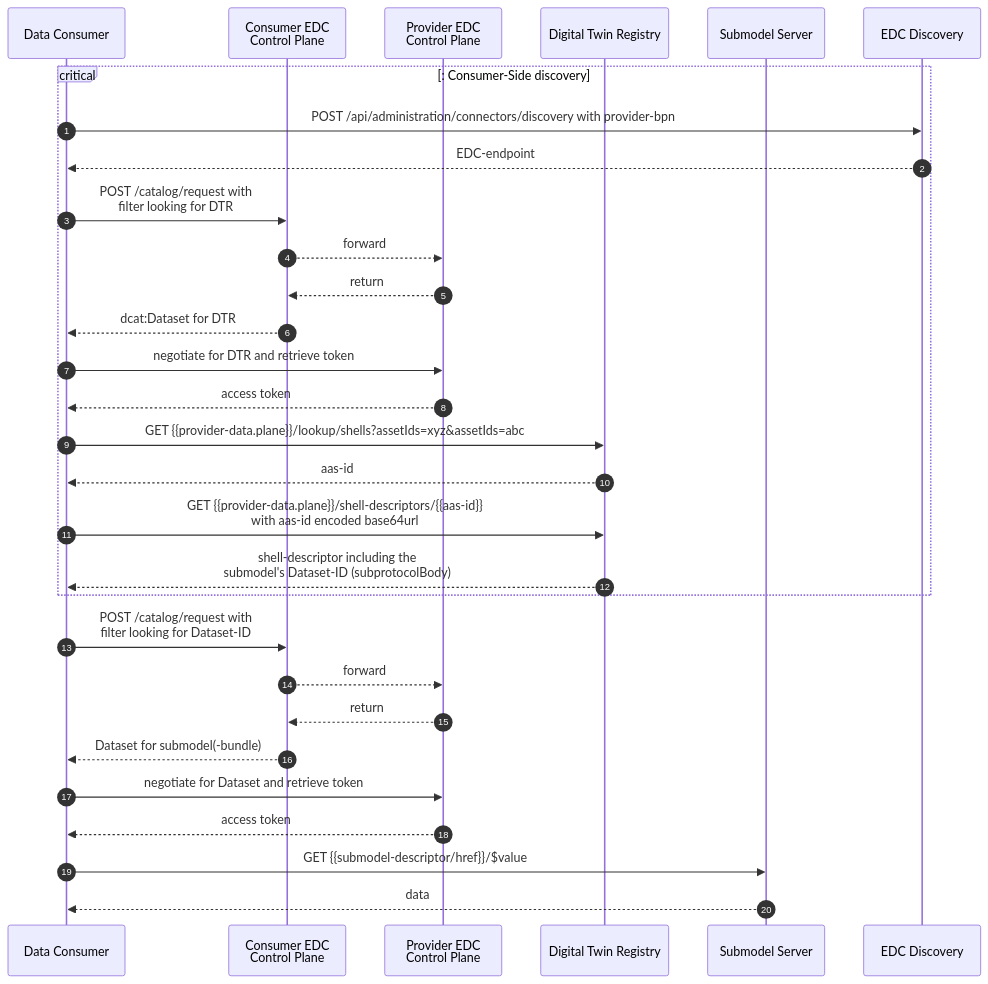
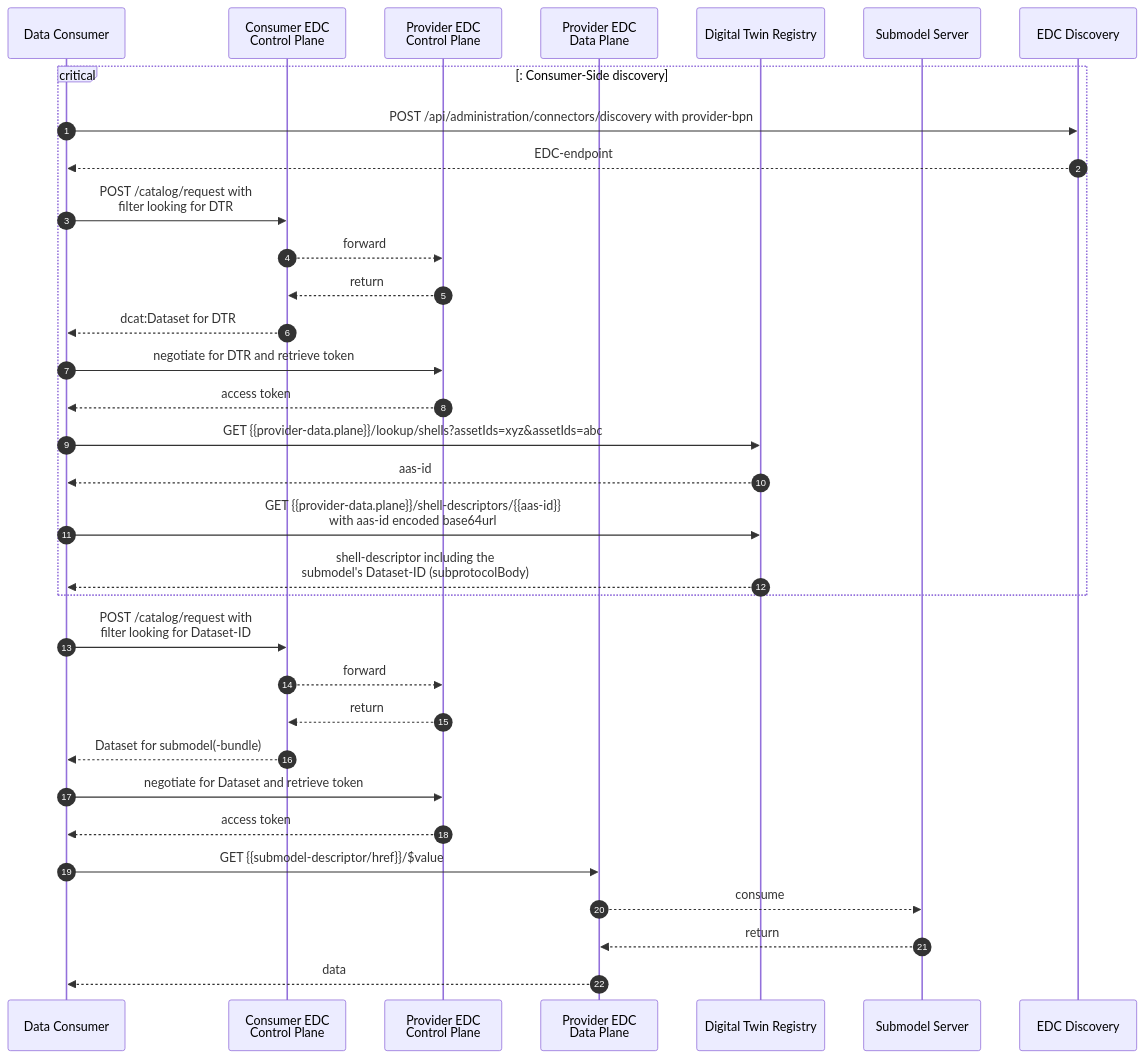
The third of 6 diagrams in docs-kits/kits/Digital Twin Kit/Software Development View/page_interaction-patterns.md (eclipse-tractusx/eclipse-tractusx.github.io), drawn with Mermaid before and after one commit.

Commit message:
Updated DT consumption squence diagramm
In the EDC context, the data consumer does not bypass the EDC so fetch the data from the submodel server. That would mean that the submodel server is reachable via public internet. The standard dictates that the dataflow happens via the EDC.
Also, in the previous diagram is described, that the digital twin in the submodel server is registered as an asset in the EDC. Why doing that, if the EDC is bypassed and the asset never consumed?

````diff
--- a/docs-kits/kits/Digital Twin Kit/Software Development View/page_interaction-patterns.md
+++ b/docs-kits/kits/Digital Twin Kit/Software Development View/page_interaction-patterns.md
@@ -82,33 +82,36 @@
 ```mermaid
 sequenceDiagram
     participant Con as Data Consumer
     participant CEDC as Consumer EDC <br/>Control Plane
     participant PEDC as Provider EDC <br/>Control Plane
+    participant PEDCDP as Provider EDC <br/>Data Plane
     participant DTR as Digital Twin Registry
     participant SM as Submodel Server
     participant EDCD as EDC Discovery
 
 autonumber
     critical: Consumer-Side discovery
         Con->>EDCD: POST /api/administration/connectors/discovery with provider-bpn
         EDCD-->>Con: EDC-endpoint
         Con->>CEDC: POST /catalog/request with <br/>filter looking for DTR
         CEDC-->>PEDC: forward
         PEDC-->>CEDC: return
         CEDC-->>Con: dcat:Dataset for DTR
         Con->>PEDC: negotiate for DTR and retrieve token
         PEDC-->>Con: access token
         Con->>DTR: GET {{provider-data.plane}}/lookup/shells?assetIds=xyz&assetIds=abc
         DTR-->>Con: aas-id
         Con->>DTR: GET {{provider-data.plane}}/shell-descriptors/{{aas-id}} <br/> with aas-id encoded base64url
         DTR-->>Con: shell-descriptor including the  <br/> submodel's Dataset-ID (subprotocolBody)
      end
         Con->>CEDC: POST /catalog/request with <br/>filter looking for Dataset-ID
         CEDC-->>PEDC: forward
         PEDC-->>CEDC: return
         CEDC-->>Con: Dataset for submodel(-bundle)
         Con->>PEDC: negotiate for Dataset and retrieve token
         PEDC-->>Con: access token
-        Con->>SM: GET {{submodel-descriptor/href}}/$value
-        SM-->>Con: data
+        Con->>PEDCDP: GET {{submodel-descriptor/href}}/$value
+        PEDCDP-->>SM: consume
+        SM-->>PEDCDP: return
+        PEDCDP-->>Con: data
 ```
````
